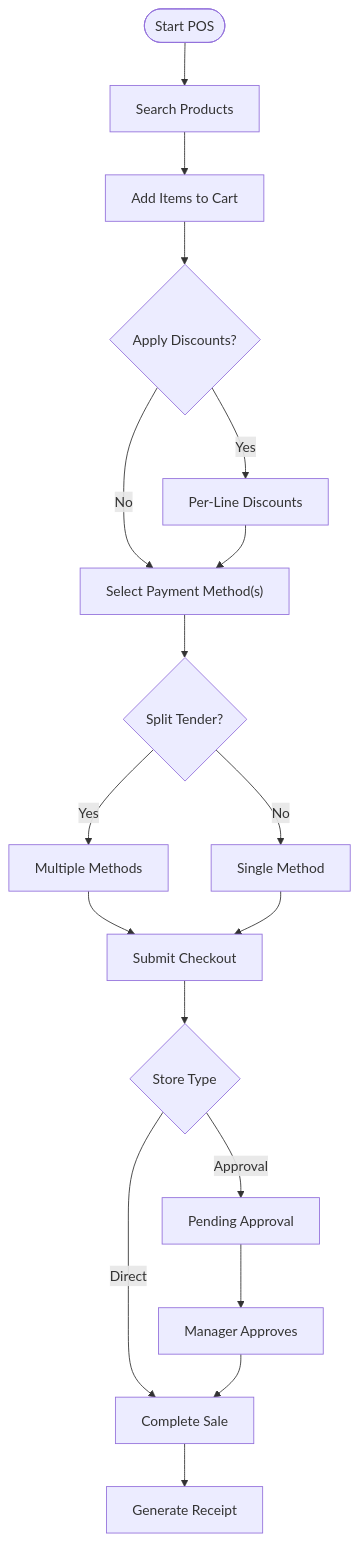
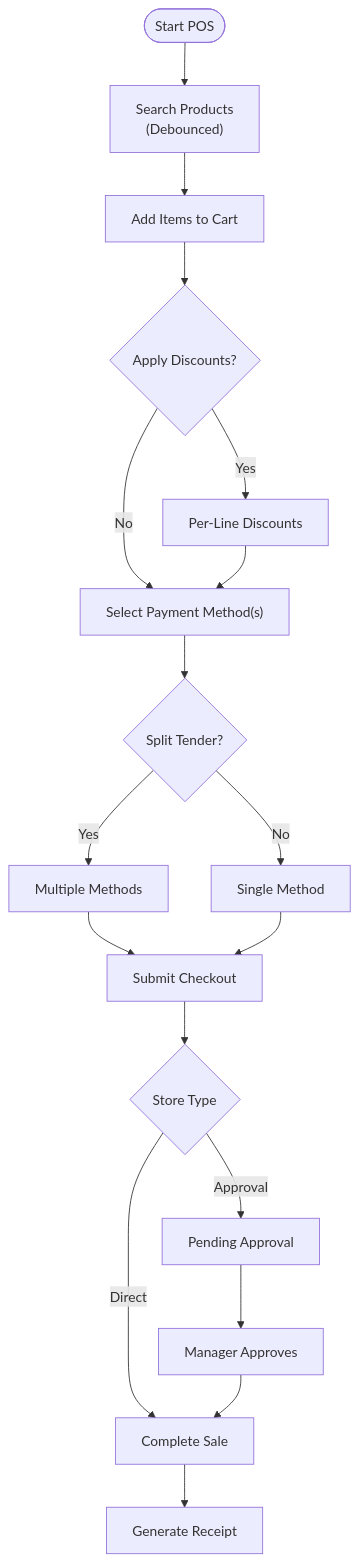
One commit to themclloyd/storq changed the third of 11 diagrams in .qoder/repowiki/en/content/Point of Sale System/Point of Sale System.md. Above: the diagram before and after it, drawn with Mermaid. The commit also changed other lines of this file and 45 other files, not shown here.

First line of the commit message:
feat(database): enhance POS schema with security and retail operations

````diff
--- a/.qoder/repowiki/en/content/Point of Sale System/Point of Sale System.md
+++ b/.qoder/repowiki/en/content/Point of Sale System/Point of Sale System.md
@@ -132,20 +161,20 @@
 ```mermaid
 flowchart TD
-Start(["Start POS"]) --> Search["Search Products"]
+Start(["Start POS"]) --> Search["Search Products<br/>(Debounced)"]
 Search --> AddToCart["Add Items to Cart"]
 AddToCart --> Discounts{"Apply Discounts?"}
 Discounts --> |Yes| PerLine["Per-Line Discounts"]
 Discounts --> |No| Method["Select Payment Method(s)"]
 PerLine --> Method
 Method --> SplitCheck{"Split Tender?"}
 SplitCheck --> |Yes| MultiTender["Multiple Methods"]
 SplitCheck --> |No| SingleTender["Single Method"]
 MultiTender --> Submit["Submit Checkout"]
 SingleTender --> Submit
 Submit --> StoreType{"Store Type"}
 StoreType --> |Direct| Complete["Complete Sale"]
 StoreType --> |Approval| Pending["Pending Approval"]
 Complete --> Receipt["Generate Receipt"]
 Pending --> Approve["Manager Approves"]
 Approve --> Complete
 ```
````
